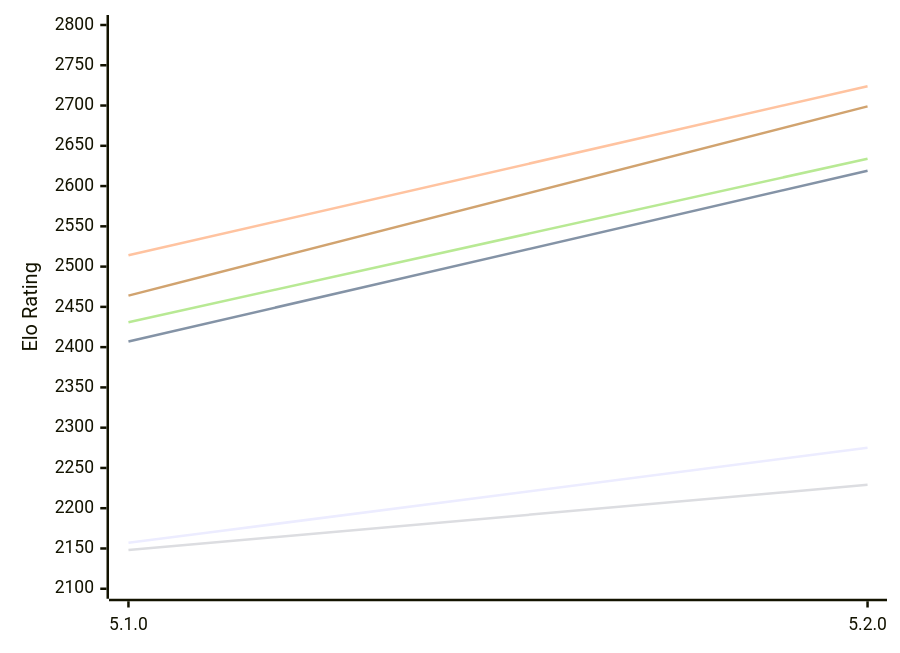
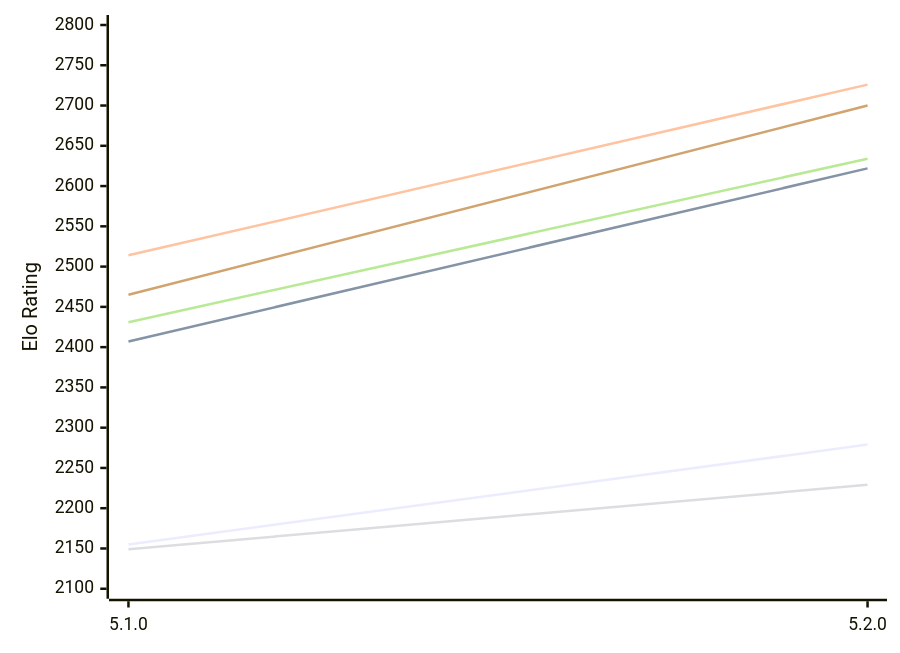
One commit to computer-chess-index/cci changed the first of 2 diagrams in engines/Aconcagua.md. Above: the diagram before and after it, drawn with Mermaid. The commit also changed other lines of this file, not shown here.

Commit message:
Update CCI Ratings (ELO VLTC) - 2026-11-27

````diff
--- a/engines/Aconcagua.md
+++ b/engines/Aconcagua.md
@@ -53,12 +53,12 @@
 ```mermaid
 %%{init: {"theme":"base","themeVariables":{"seriesColors:['#a3a3a3','#222221','#faa371']}}}%%
 xychart-beta
   x-axis ["5.1.0", "5.2.0"]
   y-axis "Elo Rating" 2100 --> 2800
-  line "E1: STC (8.0+0.08s)" [2157, 2275]
-  line "E1: LTC (60.0+0.60s)" [2407, 2619]
-  line "E1: VLTC (2m24s+1.12s)" [2514, 2724]
-  line "P1: STC (8.0+0.08s)" [2148, 2229]
+  line "E1: STC (8.0+0.08s)" [2155, 2279]
+  line "E1: LTC (60.0+0.60s)" [2407, 2622]
+  line "E1: VLTC (2m24s+1.12s)" [2514, 2726]
+  line "P1: STC (8.0+0.08s)" [2149, 2229]
   line "P1: LTC (60.0+0.60s)" [2431, 2634]
-  line "P1: VLTC (2m24s+1.12s)" [2464, 2699]
+  line "P1: VLTC (2m24s+1.12s)" [2465, 2700]
 ```
````
